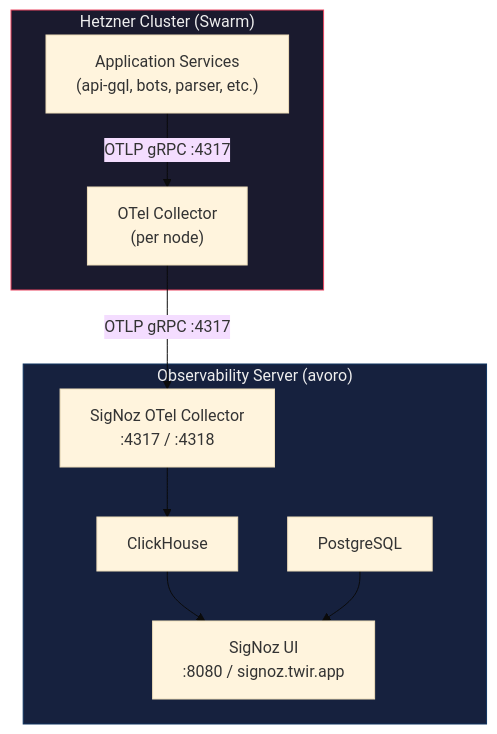
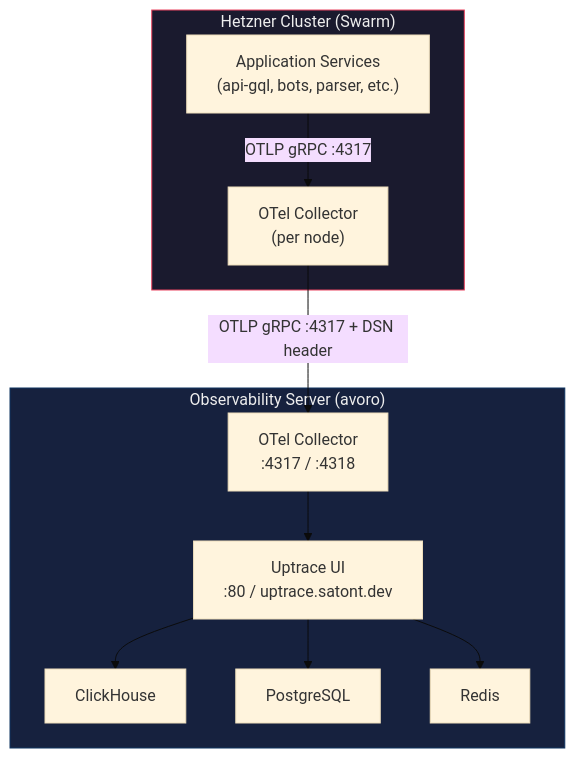
One commit to twirapp/twir changed the diagram in OBSERVABILITY.md. Above: the diagram before and after it, drawn with Mermaid (base theme). The commit also changed other lines of this file and 9 other files, not shown here.

````diff
--- a/OBSERVABILITY.md
+++ b/OBSERVABILITY.md
@@ -7,24 +7,26 @@
 ```mermaid
 graph TB
     subgraph hetzner["Hetzner Cluster (Swarm)"]
         APP["Application Services<br/>(api-gql, bots, parser, etc.)"]
         OTEL["OTel Collector<br/>(per node)"]
 
         APP -->|"OTLP gRPC :4317"| OTEL
     end
 
     subgraph avoro["Observability Server (avoro)"]
-        SIGNOZ["SigNoz UI<br/>:8080 / signoz.twir.app"]
-        OTEL_SN["SigNoz OTel Collector<br/>:4317 / :4318"]
+        UPTRACE["Uptrace UI<br/>:80 / uptrace.satont.dev"]
         CH["ClickHouse"]
         PG["PostgreSQL"]
+        REDIS["Redis"]
+        OTEL_UP["OTel Collector<br/>:4317 / :4318"]
     end
 
-    OTEL -->|"OTLP gRPC :4317"| OTEL_SN
-    OTEL_SN --> CH
-    CH --> SIGNOZ
-    PG --> SIGNOZ
+    OTEL -->|"OTLP gRPC :4317 + DSN header"| OTEL_UP
+    OTEL_UP --> UPTRACE
+    UPTRACE --> CH
+    UPTRACE --> PG
+    UPTRACE --> REDIS
 
     style hetzner fill:#1a1a2e,stroke:#e94560,color:#eee
     style avoro fill:#16213e,stroke:#0f3460,color:#eee
 ```
````
